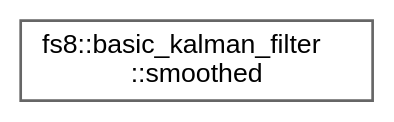
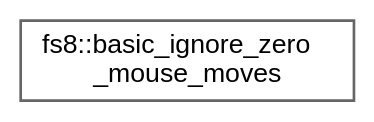
One commit to the-moisrex/foresight changed the diagram in api/inherit_graph_29.dot. Above: the diagram before and after it, drawn with Graphviz. The commit also changed 160 other files, not shown here.

```diff
--- a/api/inherit_graph_29.dot
+++ b/api/inherit_graph_29.dot
@@ -1,9 +1,9 @@
 digraph "Graphical Class Hierarchy"
 {
  // LATEX_PDF_SIZE
   bgcolor="transparent";
   edge [fontname=Helvetica,fontsize=10,labelfontname=Helvetica,labelfontsize=10];
   node [fontname=Helvetica,fontsize=10,shape=box,height=0.2,width=0.4];
   rankdir="LR";
-  Node0 [id="Node000000",label="fs8::basic_kalman_filter\l::smoothed",height=0.2,width=0.4,color="grey40", fillcolor="white", style="filled",URL="$structfs8_1_1basic__kalman__filter_1_1smoothed.html",tooltip=" "];
+  Node0 [id="Node000000",label="fs8::basic_ignore_zero\l_mouse_moves",height=0.2,width=0.4,color="grey40", fillcolor="white", style="filled",URL="$structfs8_1_1basic__ignore__zero__mouse__moves.html",tooltip=" "];
 }
```
